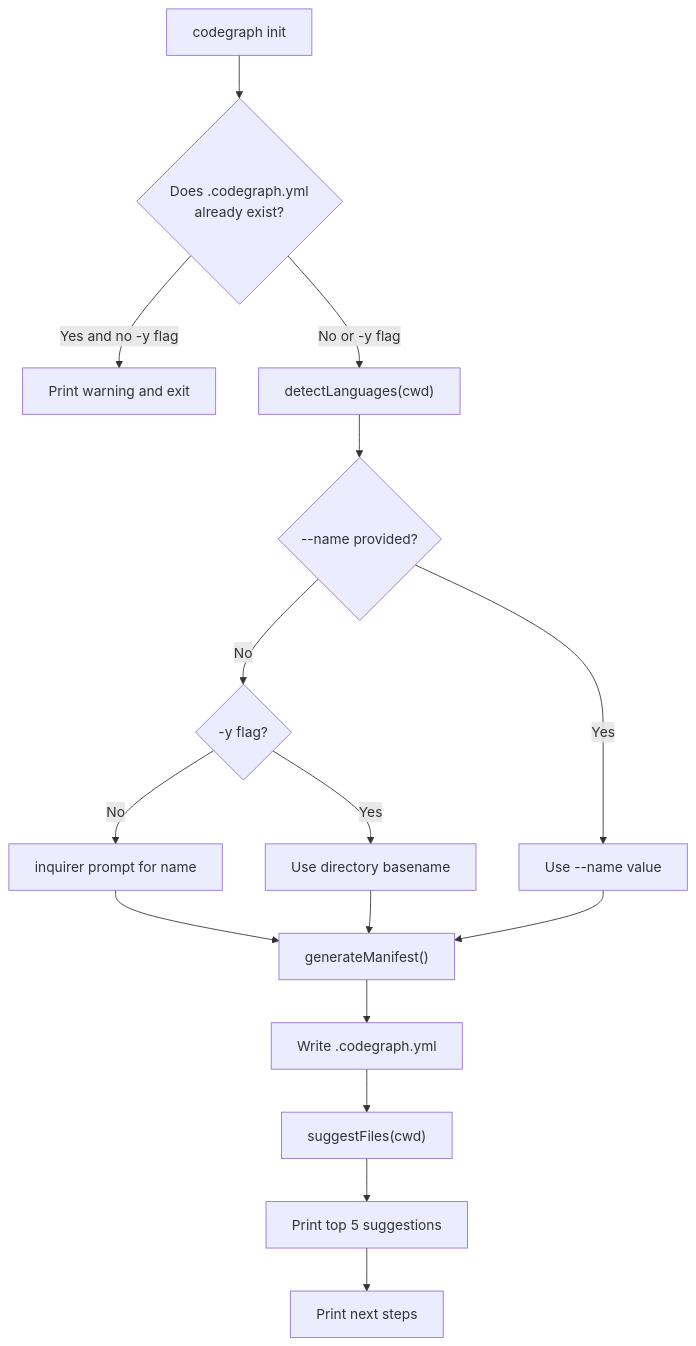
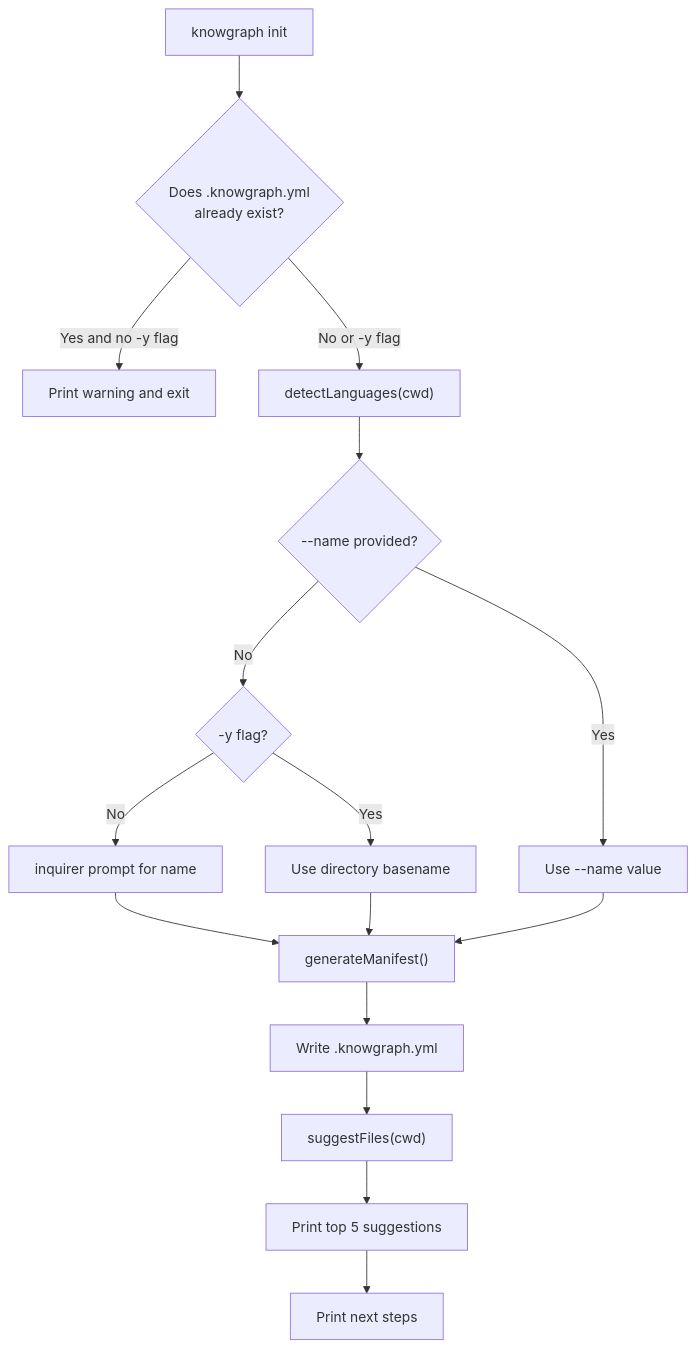
The second of 7 diagrams in docs/cli/README.md (idosams/know-know), drawn with Mermaid before and after one commit. The commit also changed other lines of this file and 107 other files, not shown here.

First line of the commit message:
refactor: rename codegraph to knowgraph across entire project (#8)

````diff
--- a/docs/cli/README.md
+++ b/docs/cli/README.md
@@ -106,18 +106,18 @@
 ```mermaid
 flowchart TD
-    A["codegraph init"] --> B{"Does .codegraph.yml<br/>already exist?"}
+    A["knowgraph init"] --> B{"Does .knowgraph.yml<br/>already exist?"}
     B -- "Yes and no -y flag" --> C["Print warning and exit"]
     B -- "No or -y flag" --> D["detectLanguages(cwd)"]
     D --> E{"--name provided?"}
     E -- "Yes" --> F["Use --name value"]
     E -- "No" --> G{"-y flag?"}
     G -- "Yes" --> H["Use directory basename"]
     G -- "No" --> I["inquirer prompt for name"]
     I --> J["generateManifest()"]
     H --> J
     F --> J
-    J --> K["Write .codegraph.yml"]
+    J --> K["Write .knowgraph.yml"]
     K --> L["suggestFiles(cwd)"]
     L --> M["Print top 5 suggestions"]
     M --> N["Print next steps"]
 ```
````
